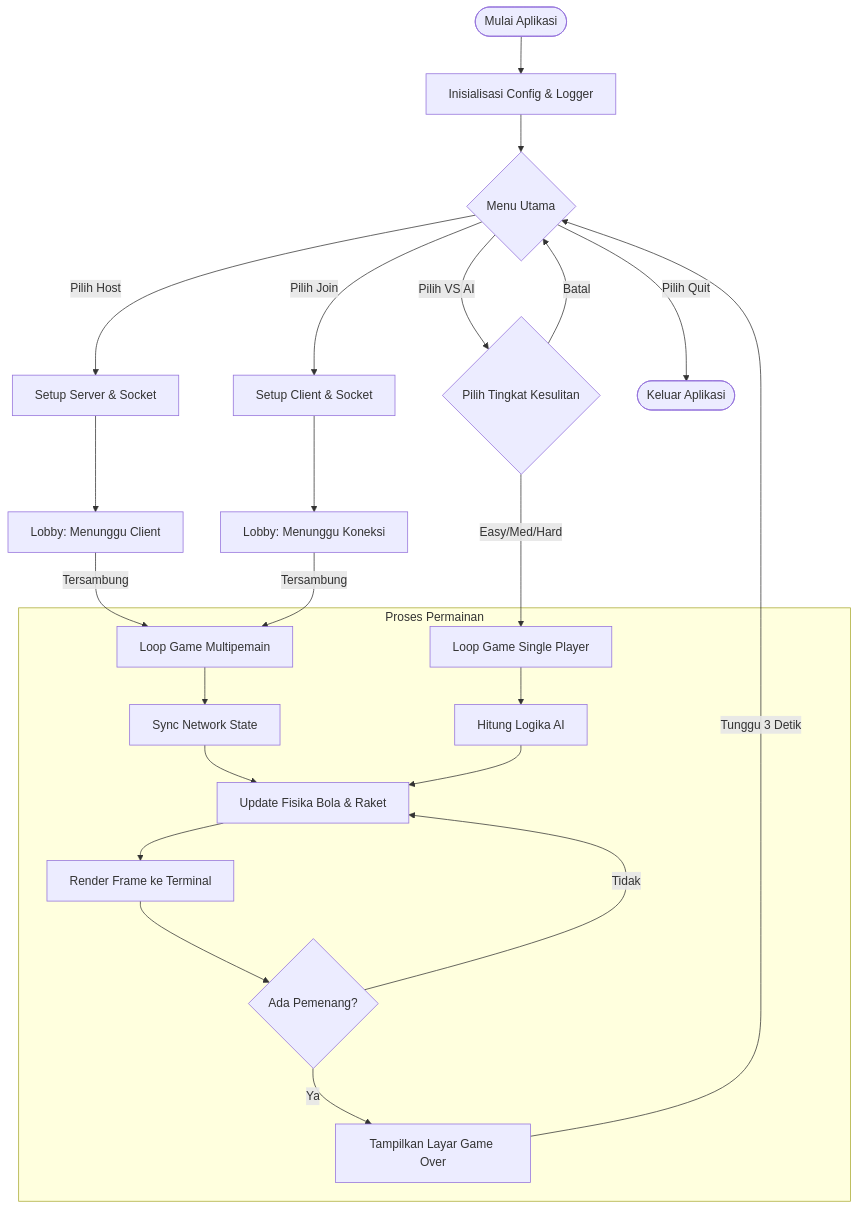
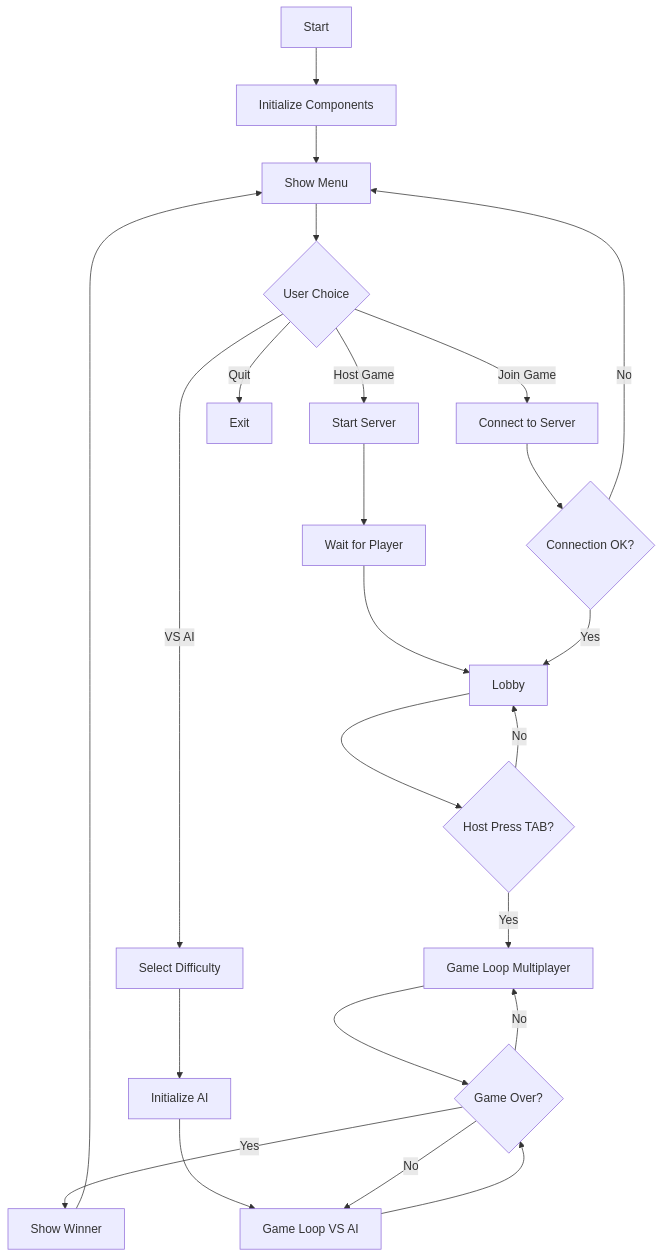
Before and after one commit to ditverse/ascii-game-python: the first of 5 diagrams in docs/diagrams/FLOWCHART.md, drawn with Mermaid. The commit also changed other lines of this file and 3 other files, not shown here.

Commit message:
update diagram

````diff
--- a/docs/diagrams/FLOWCHART.md
+++ b/docs/diagrams/FLOWCHART.md
@@ -13,35 +7,36 @@
 ```mermaid
 flowchart TD
-    Start([Mulai Aplikasi]) --> Init[Inisialisasi Config & Logger]
-    Init --> MainMenu{Menu Utama}
+    A[Start] --> B[Initialize Components]
+    B --> C[Show Menu]
     
-    MainMenu -->|Pilih Host| HostSetup[Setup Server & Socket]
-    MainMenu -->|Pilih Join| JoinSetup[Setup Client & Socket]
-    MainMenu -->|Pilih VS AI| DiffSelect{Pilih Tingkat Kesulitan}
-    MainMenu -->|Pilih Quit| Stop([Keluar Aplikasi])
+    C --> D{User Choice}
+    D -->|Host Game| E[Start Server]
+    D -->|Join Game| F[Connect to Server]
+    D -->|VS AI| G[Select Difficulty]
+    D -->|Quit| Z[Exit]
     
-    HostSetup --> LobbyHost[Lobby: Menunggu Client]
-    JoinSetup --> LobbyJoin[Lobby: Menunggu Koneksi]
+    E --> H[Wait for Player]
+    H --> I[Lobby]
     
-    LobbyHost -->|Tersambung| MpGameLoop[Loop Game Multipemain]
-    LobbyJoin -->|Tersambung| MpGameLoop
+    F --> J{Connection OK?}
+    J -->|Yes| I
+    J -->|No| C
     
-    DiffSelect -->|Easy/Med/Hard| AiGameLoop[Loop Game Single Player]
-    DiffSelect -->|Batal| MainMenu
+    G --> K[Initialize AI]
+    K --> L[Game Loop VS AI]
     
-    subgraph Gameplay [Proses Permainan]
-        MpGameLoop --> UpdateNet[Sync Network State]
-        AiGameLoop --> UpdateAi[Hitung Logika AI]
-        
-        UpdateNet --> Physics[Update Fisika Bola & Raket]
-        UpdateAi --> Physics
-        
-        Physics --> Render[Render Frame ke Terminal]
-        Render --> CheckWin{Ada Pemenang?}
-        
-        CheckWin -->|Tidak| Physics
-        CheckWin -->|Ya| GameOver[Tampilkan Layar Game Over]
-    end
+    I --> M{Host Press TAB?}
+    M -->|Yes| N[Game Loop Multiplayer]
+    M -->|No| I
     
-    GameOver -->|Tunggu 3 Detik| MainMenu
+    L --> O{Game Over?}
+    N --> O
+    
+    O -->|Yes| P[Show Winner]
+    O -->|No| L
+    O -->|No| N
+    
+    P --> C
+    
+    Z[Exit]
 ```
````
